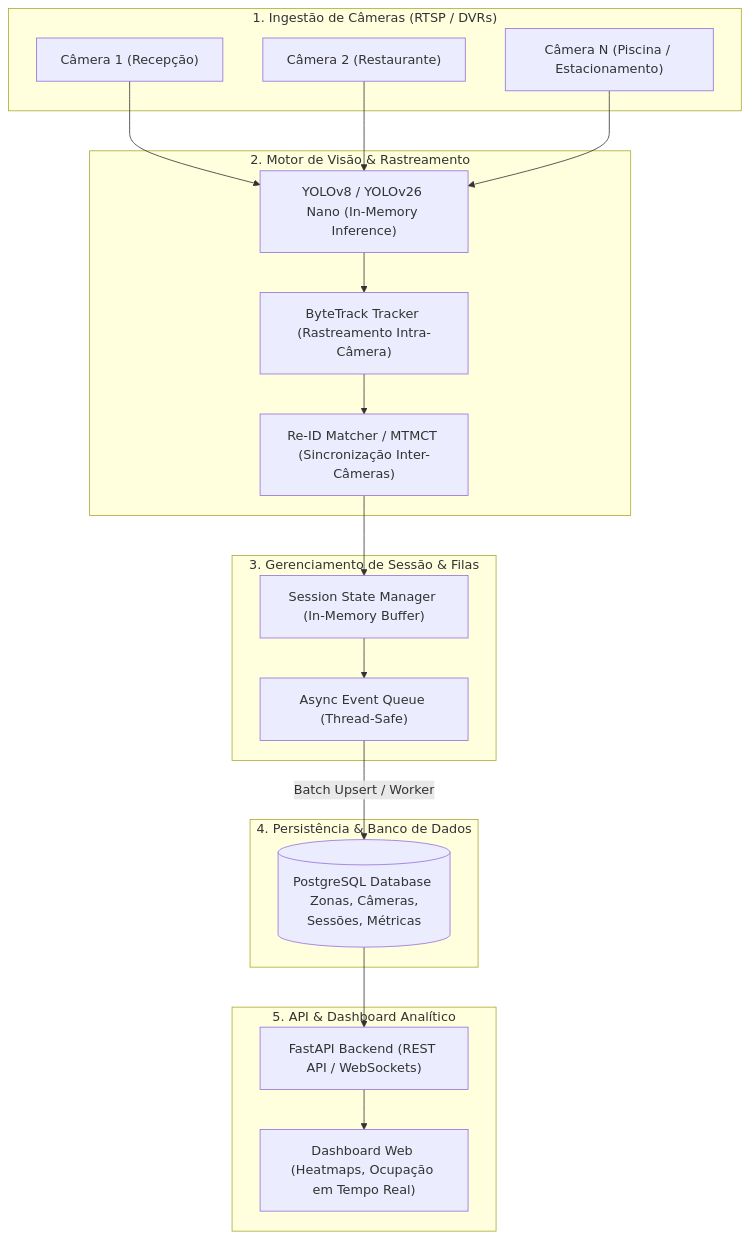
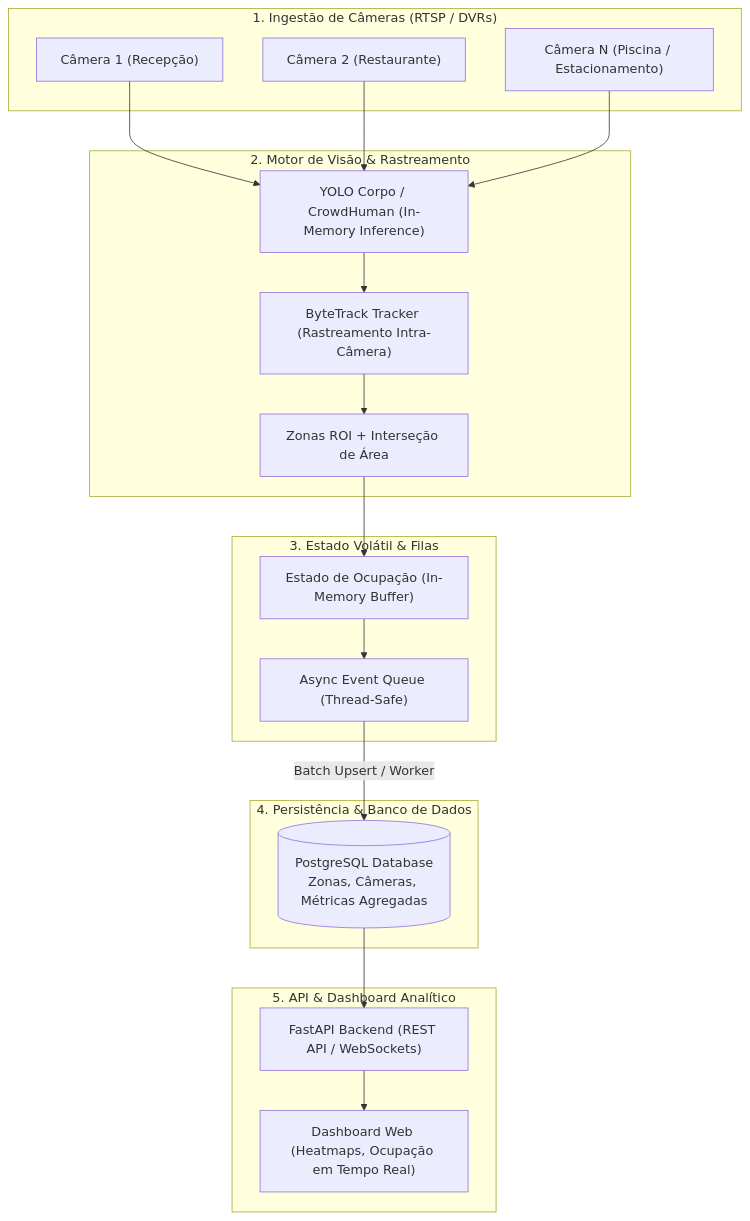
The first of 2 diagrams in docs/DOCUMENTACAO_PROJETO_E_LGPD/02_ARQUITETURA_TECNICA_E_ENGENHARIA.md (jao1224/Visao-Computacional-Roi-e-tripwire), drawn with Mermaid before and after one commit. The commit also changed other lines of this file, not shown here.

First line of the commit message:
docs(arquitetura): atualizar doc 02 - alvo sem MTMCT + implementacao real

````diff
--- a/docs/DOCUMENTACAO_PROJETO_E_LGPD/02_ARQUITETURA_TECNICA_E_ENGENHARIA.md
+++ b/docs/DOCUMENTACAO_PROJETO_E_LGPD/02_ARQUITETURA_TECNICA_E_ENGENHARIA.md
@@ -7,40 +12,40 @@
 ```mermaid
 flowchart TB
     subgraph Camada1["1. Ingestão de Câmeras (RTSP / DVRs)"]
         CAM1["Câmera 1 (Recepção)"]
         CAM2["Câmera 2 (Restaurante)"]
         CAMN["Câmera N (Piscina / Estacionamento)"]
     end
 
     subgraph Camada2["2. Motor de Visão & Rastreamento"]
-        YOLO["YOLOv8 / YOLOv26 Nano (In-Memory Inference)"]
+        YOLO["YOLO Corpo / CrowdHuman (In-Memory Inference)"]
         TRACKER["ByteTrack Tracker (Rastreamento Intra-Câmera)"]
-        REID["Re-ID Matcher / MTMCT (Sincronização Inter-Câmeras)"]
+        ROIZONE["Zonas ROI + Interseção de Área"]
     end
 
-    subgraph Camada3["3. Gerenciamento de Sessão & Filas"]
-        SESSION_BUFFER["Session State Manager (In-Memory Buffer)"]
+    subgraph Camada3["3. Estado Volátil & Filas"]
+        OCC_BUFFER["Estado de Ocupação (In-Memory Buffer)"]
         ASYNC_QUEUE["Async Event Queue (Thread-Safe)"]
     end
 
     subgraph Camada4["4. Persistência & Banco de Dados"]
-        PG[("PostgreSQL Database <br> Zonas, Câmeras, Sessões, Métricas")]
+        PG[("PostgreSQL Database<br>Zonas, Câmeras, Métricas Agregadas")]
     end
 
     subgraph Camada5["5. API & Dashboard Analítico"]
         API["FastAPI Backend (REST API / WebSockets)"]
         DASH["Dashboard Web (Heatmaps, Ocupação em Tempo Real)"]
     end
 
     CAM1 --> YOLO
     CAM2 --> YOLO
     CAMN --> YOLO
 
     YOLO --> TRACKER
-    TRACKER --> REID
-    REID --> SESSION_BUFFER
-    SESSION_BUFFER --> ASYNC_QUEUE
+    TRACKER --> ROIZONE
+    ROIZONE --> OCC_BUFFER
+    OCC_BUFFER --> ASYNC_QUEUE
     ASYNC_QUEUE -->|Batch Upsert / Worker| PG
     PG --> API
     API --> DASH
 ```
````
